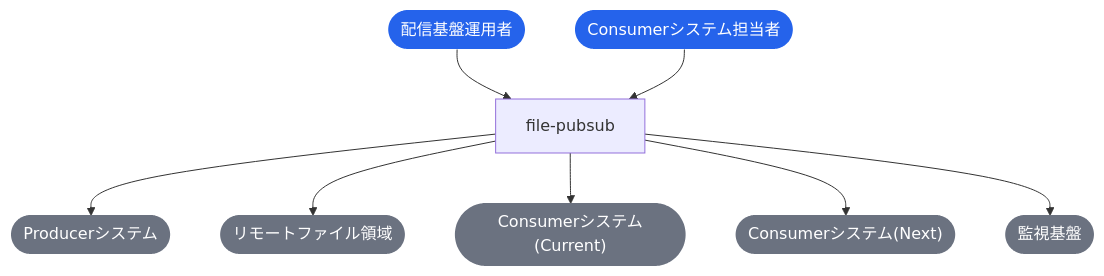
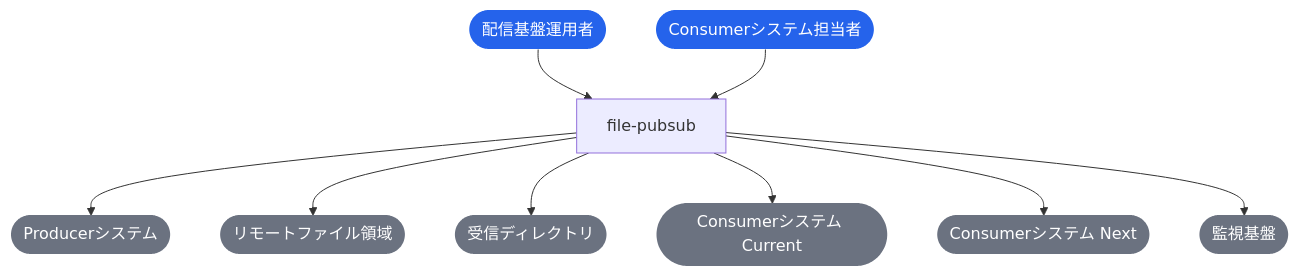
The first of 4 diagrams in docs/README.md (suwa-sh/file-pubsub), drawn with Mermaid before and after one commit. The commit also changed other lines of this file and 86 other files, not shown here.

````diff
--- a/docs/README.md
+++ b/docs/README.md
@@ -67,13 +67,14 @@
 ```mermaid
 graph TB
   SYS["file-pubsub"]
   配信基盤運用者(["配信基盤運用者"]):::actor --> SYS
   Consumerシステム担当者(["Consumerシステム担当者"]):::actor --> SYS
   SYS --> Producerシステム(["Producerシステム"]):::external
   SYS --> リモートファイル領域(["リモートファイル領域"]):::external
-  SYS --> ConsumerCurrent(["Consumerシステム(Current)"]):::external
-  SYS --> ConsumerNext(["Consumerシステム(Next)"]):::external
+  SYS --> 受信ディレクトリ(["受信ディレクトリ"]):::external
+  SYS --> Consumerシステム_Current_(["Consumerシステム Current "]):::external
+  SYS --> Consumerシステム_Next_(["Consumerシステム Next "]):::external
   SYS --> 監視基盤(["監視基盤"]):::external
   classDef actor fill:#2563EB,color:#fff,stroke:none
   classDef external fill:#6B7280,color:#fff,stroke:none
 ```
````
